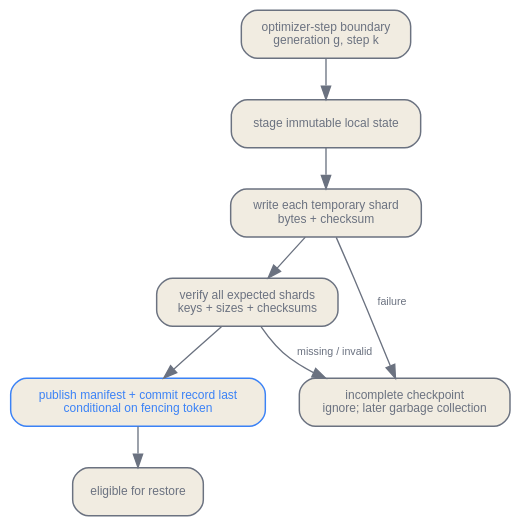
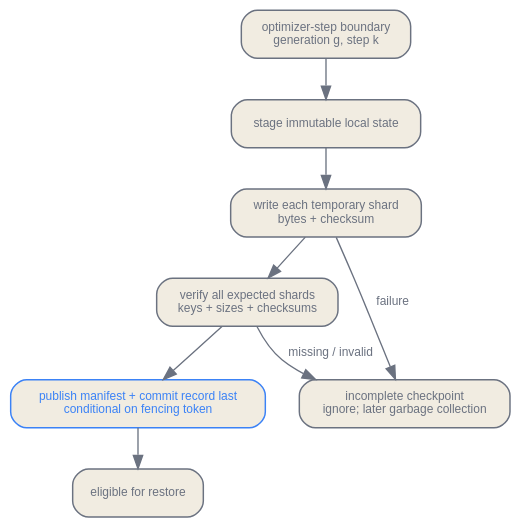
Before and after one commit to latere-ai/ai-as-an-infrastructure: the second of 3 diagrams in en/infrastructure/04-orchestration-data-infra.qmd, drawn with Graphviz. The commit also changed 1 other file, not shown here.

Commit message:
infrastructure: checkpoint commit diagram edge labels at 9 pt

````diff
--- a/en/infrastructure/04-orchestration-data-infra.qmd
+++ b/en/infrastructure/04-orchestration-data-infra.qmd
@@ -176,24 +176,24 @@
 ```{dot}
 //| label: fig-orchestration-checkpoint-commit
 //| fig-cap: "A distributed checkpoint becomes restorable only after every required temporary shard is verified and one fenced manifest commit record is published last."
 digraph {
   bgcolor="transparent";
   rankdir=TB;
   nodesep=0.35; ranksep=0.42;
   node [shape=box, style="rounded,filled", fontname="Helvetica", fontsize=9,
         color="#6b7280", fontcolor="#6b7280", fillcolor="#f1ece1", penwidth=1.1];
-  edge [fontname="Helvetica", fontsize=8, color="#6b7280", fontcolor="#6b7280"];
+  edge [fontname="Helvetica", fontsize=9, color="#6b7280", fontcolor="#6b7280"];
 
   boundary [label="optimizer-step boundary\ngeneration g, step k"];
   stage [label="stage immutable local state"];
   write [label="write each temporary shard\nbytes + checksum"];
   verify [label="verify all expected shards\nkeys + sizes + checksums"];
   commit [label="publish manifest + commit record last\nconditional on fencing token", color="#3b82f6", fontcolor="#3b82f6"];
   restore [label="eligible for restore"];
   partial [label="incomplete checkpoint\nignore; later garbage collection"];
 
   boundary -> stage -> write -> verify -> commit -> restore;
   write -> partial [label="failure"];
   verify -> partial [label="missing / invalid"];
 }
 ```
````
